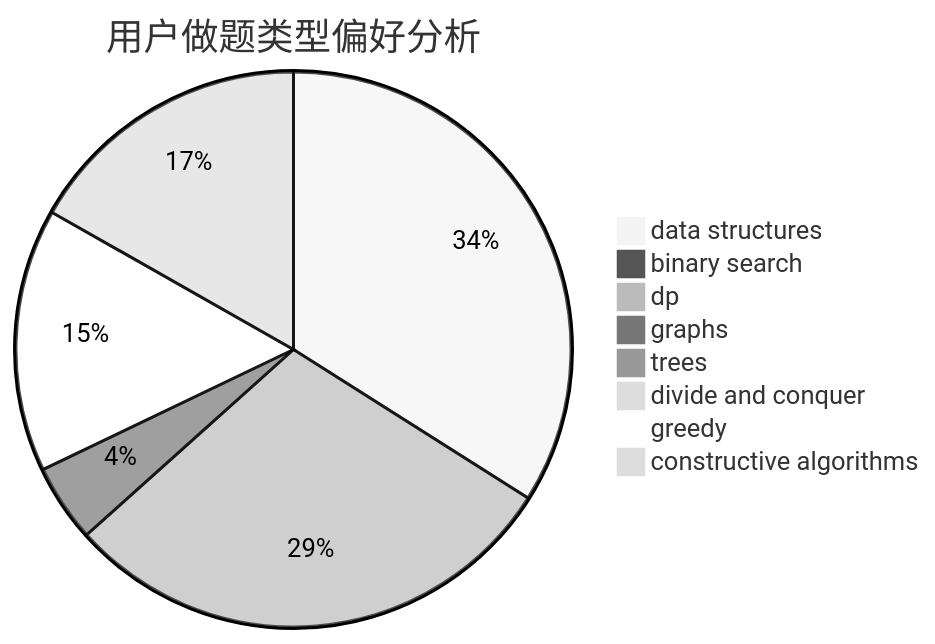
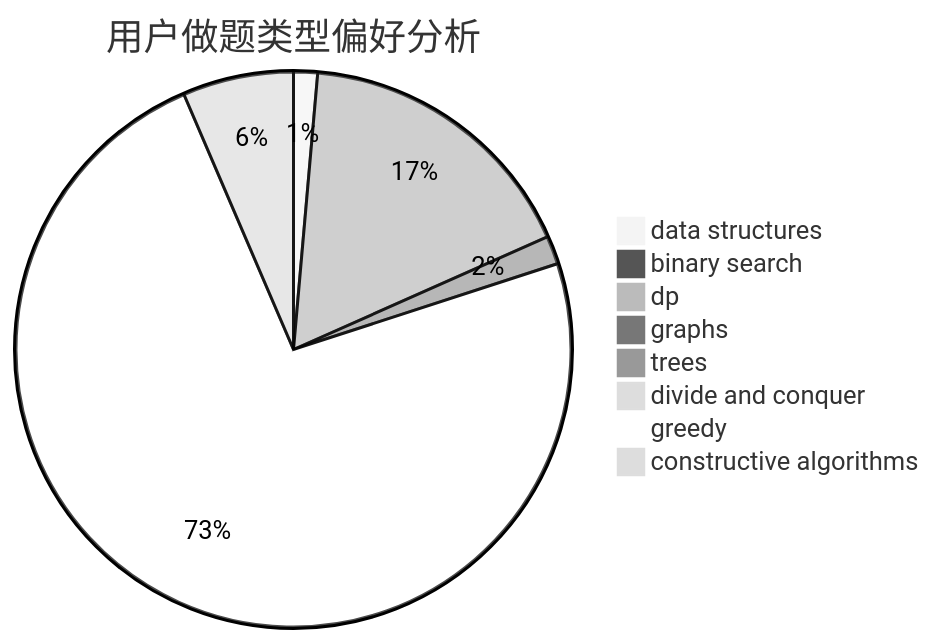
The second of 3 diagrams in docs/user/u364.md (sherpahu/cfrs.github.io), drawn with Mermaid (neutral theme) before and after one commit. The commit also changed other lines of this file and 2770 other files, not shown here.

````diff
--- a/docs/user/u364.md
+++ b/docs/user/u364.md
@@ -23,11 +23,11 @@
 ```mermaid
 pie title 用户做题类型偏好分析
-    "data structures" :  399
-    "binary search" :  7
-    "dp" :  345
-    "graphs" :  53
-    "trees" :  0
-    "divide and conquer" :  2
-    "greedy" :  180
-    "constructive algorithms" :  197
+    "data structures" :  11
+    "binary search" :  3
+    "dp" :  134
+    "graphs" :  1
+    "trees" :  13
+    "divide and conquer" :  0
+    "greedy" :  581
+    "constructive algorithms" :  51
 ```
````
